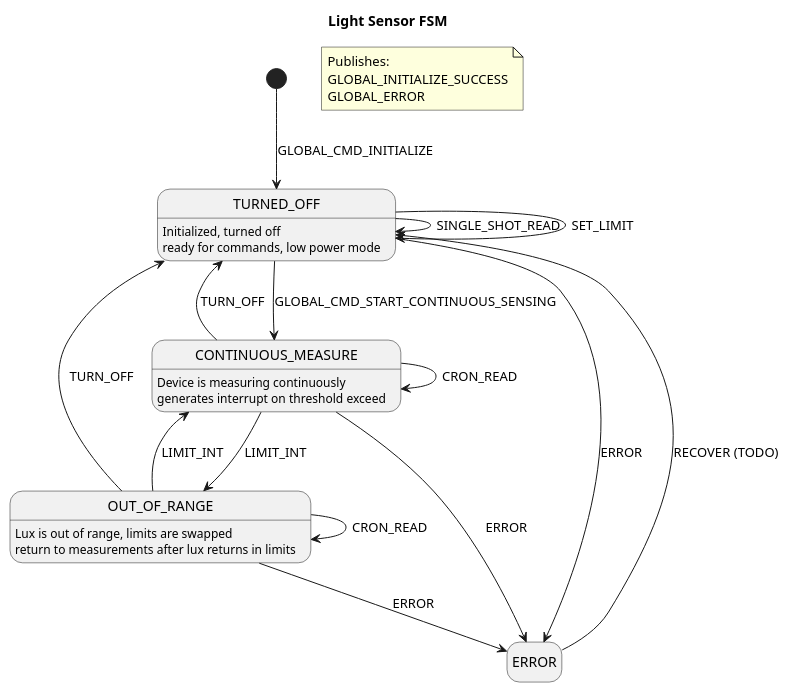
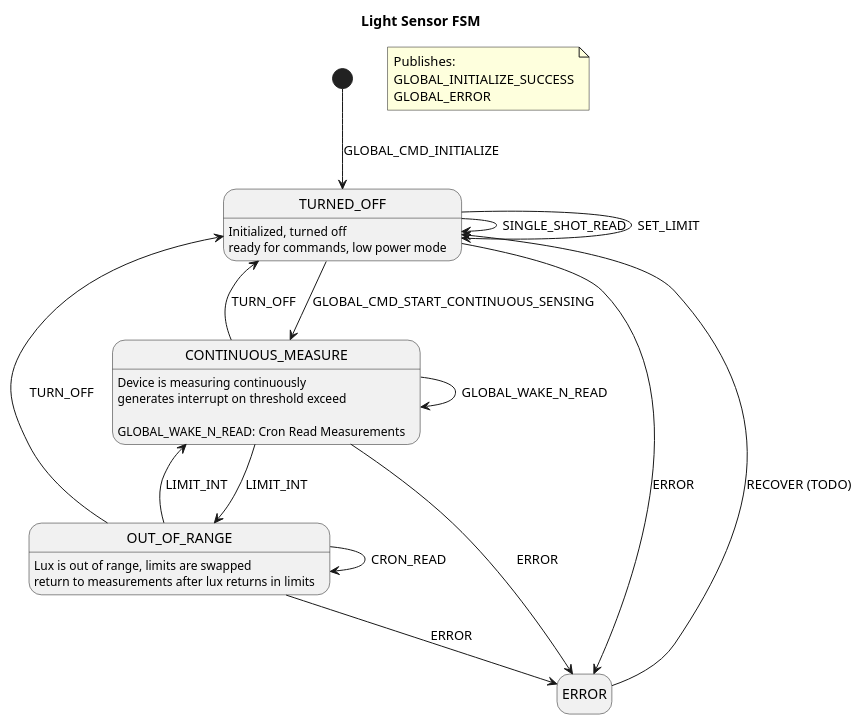
Before and after one commit to polesskiy-dev/iot-risk-logger-stm32l4: the diagram in firmware/iot-risk-logger-stm32l4/app/tasks/light_sensor/README.md, drawn with PlantUML. The commit also changed 12 other files, not shown here.

````diff
--- a/firmware/iot-risk-logger-stm32l4/app/tasks/light_sensor/README.md
+++ b/firmware/iot-risk-logger-stm32l4/app/tasks/light_sensor/README.md
@@ -10,24 +10,24 @@
 ```plantuml
 @startuml
 title Light Sensor FSM
 hide empty description
 TURNED_OFF: Initialized, turned off\nready for commands, low power mode
-CONTINUOUS_MEASURE: Device is measuring continuously\ngenerates interrupt on threshold exceed
+CONTINUOUS_MEASURE: Device is measuring continuously\ngenerates interrupt on threshold exceed\n\nGLOBAL_WAKE_N_READ: Cron Read Measurements
 OUT_OF_RANGE: Lux is out of range, limits are swapped\nreturn to measurements after lux returns in limits
 [*] --> TURNED_OFF : GLOBAL_CMD_INITIALIZE
 note "Publishes: \nGLOBAL_INITIALIZE_SUCCESS\nGLOBAL_ERROR" as N1
 TURNED_OFF --> TURNED_OFF : SINGLE_SHOT_READ
 TURNED_OFF --> TURNED_OFF : SET_LIMIT
 TURNED_OFF --> CONTINUOUS_MEASURE : GLOBAL_CMD_START_CONTINUOUS_SENSING
-CONTINUOUS_MEASURE --> CONTINUOUS_MEASURE : CRON_READ
+CONTINUOUS_MEASURE --> CONTINUOUS_MEASURE : GLOBAL_WAKE_N_READ
 CONTINUOUS_MEASURE --> OUT_OF_RANGE : LIMIT_INT
 OUT_OF_RANGE --> CONTINUOUS_MEASURE : LIMIT_INT
 OUT_OF_RANGE --> OUT_OF_RANGE : CRON_READ
 OUT_OF_RANGE --> TURNED_OFF : TURN_OFF
 CONTINUOUS_MEASURE --> TURNED_OFF : TURN_OFF
 ERROR --> TURNED_OFF : RECOVER (TODO)
 TURNED_OFF --> ERROR : ERROR
 CONTINUOUS_MEASURE --> ERROR : ERROR
 OUT_OF_RANGE --> ERROR : ERROR
 @enduml
 ```
````
